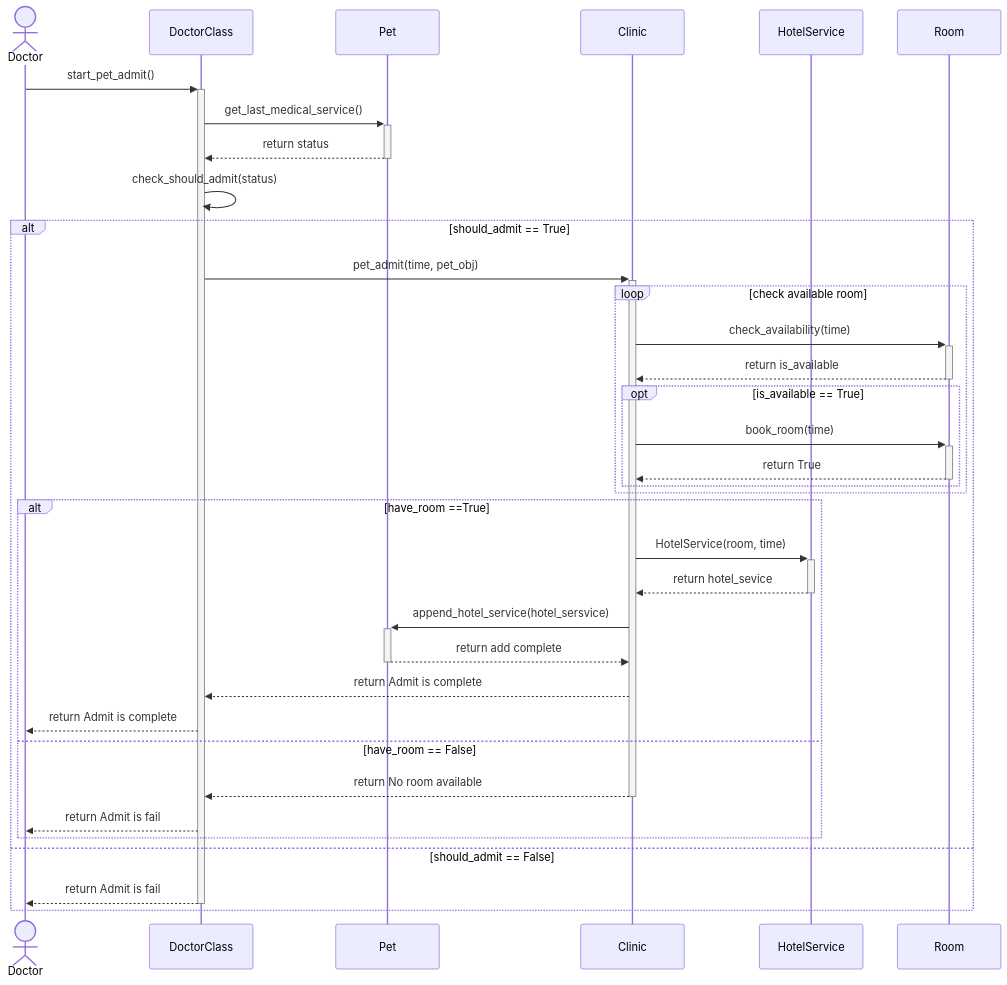
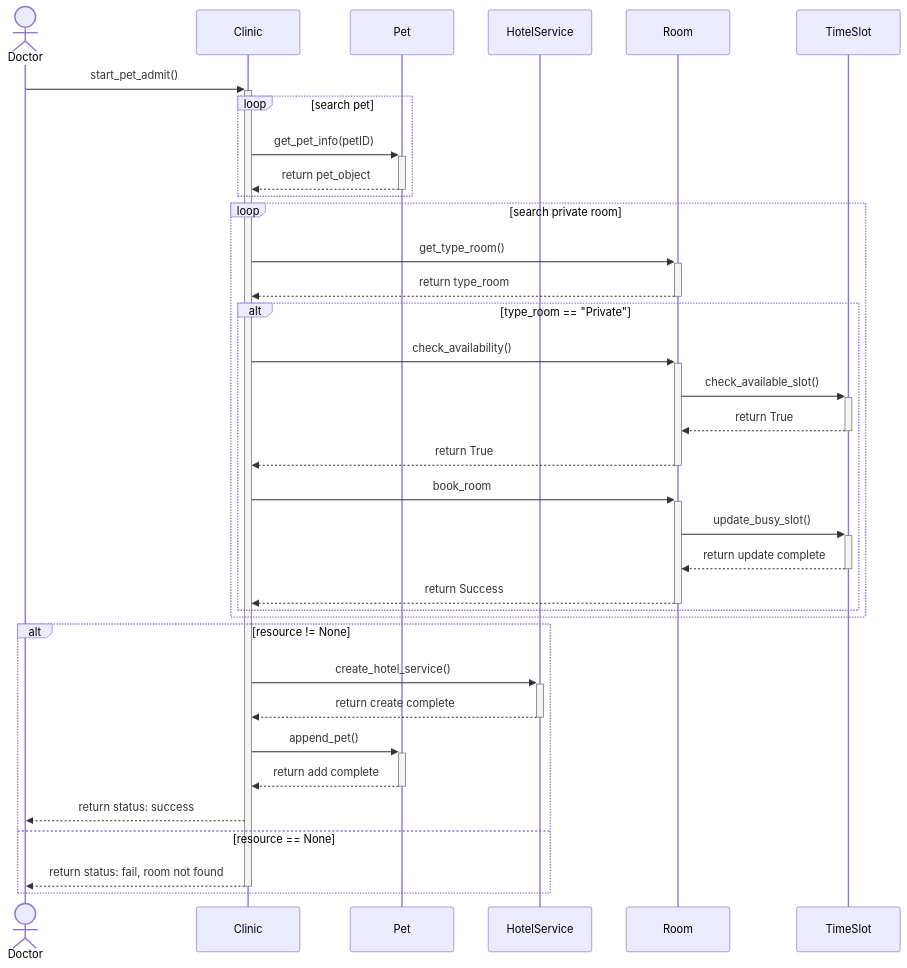
Before and after one commit to HiruKub/OOP-PROJECT_BASECODE: the diagram in SequenceDiagram/pet_admit.mmd, drawn with Mermaid. The commit also changed other lines of this file and 1 other file, not shown here.

Commit message:
fix: improve clarity in sequence diagram for medical treatment service by refining loop descriptions and comments

```diff
--- a/SequenceDiagram/pet_admit.mmd
+++ b/SequenceDiagram/pet_admit.mmd
@@ -1,46 +1,38 @@
 sequenceDiagram
     actor Doctor
-    participant DoctorClass
+    participant Clinic
+    %% participant DoctorClass
     participant Pet
-    participant Clinic
     participant HotelService
 
-    Doctor->>+DoctorClass: start_pet_admit()
+    Doctor->>+Clinic: start_pet_admit()
 
-    %% ดึง should_admit ที่อยู่ medical_record จาก Pet
-    DoctorClass->>+Pet: get_last_medical_service()
-    Pet-->>-DoctorClass: return status
-    
-    DoctorClass->>DoctorClass: check_should_admit(status)
+    loop search pet
+    Clinic->>+Pet: get_pet_info(petID)
+    Pet-->>-Clinic: return pet_object
+    end
 
-    alt should_admit == True
-        DoctorClass->>+Clinic: pet_admit(time, pet_obj)
+    loop search private room
+    Clinic->>+Room: get_type_room()
+        Room-->>-Clinic: return type_room
+        alt type_room == "Private"
+            Clinic->>+Room: check_availability()
+            Room->>+TimeSlot: check_available_slot()
+            TimeSlot -->>- Room: return True
+            Room-->>-Clinic: return True
+            Clinic->>+Room: book_room
+            Room->>+TimeSlot: update_busy_slot()
+            TimeSlot-->>-Room: return update complete
+            Room -->>-Clinic: return Success
+        end
+    end
 
-        loop check available room
-            Clinic->>+Room: check_availability(time)
-            Room-->>-Clinic: return is_available
-            
-            opt is_available == True
-                Clinic->>+Room: book_room(time)
-                Room-->>-Clinic: return True
-            end
-        end
-
-        alt have_room ==True
-            Clinic->>+HotelService: HotelService(room, time)
-            HotelService-->>-Clinic: return hotel_sevice
-
-            Clinic->>+Pet: append_hotel_service(hotel_sersvice)
-            Pet-->>-Clinic: return add complete
-
-        Clinic-->>DoctorClass: return Admit is complete
-        DoctorClass-->>Doctor: return Admit is complete
-
-        else have_room == False
-            Clinic-->>-DoctorClass: return No room available
-            DoctorClass-->>Doctor: return Admit is fail
-        end
-               
-    else should_admit == False
-        DoctorClass-->>-Doctor: return Admit is fail
+    alt resource != None
+        Clinic->>+HotelService: create_hotel_service()
+        HotelService -->>- Clinic: return create complete
+        Clinic->>+Pet: append_pet()
+        Pet-->>-Clinic: return add complete
+        Clinic-->>Doctor: return status: success
+    else resource == None
+        Clinic-->>-Doctor: return status: fail, room not found
     end
```
